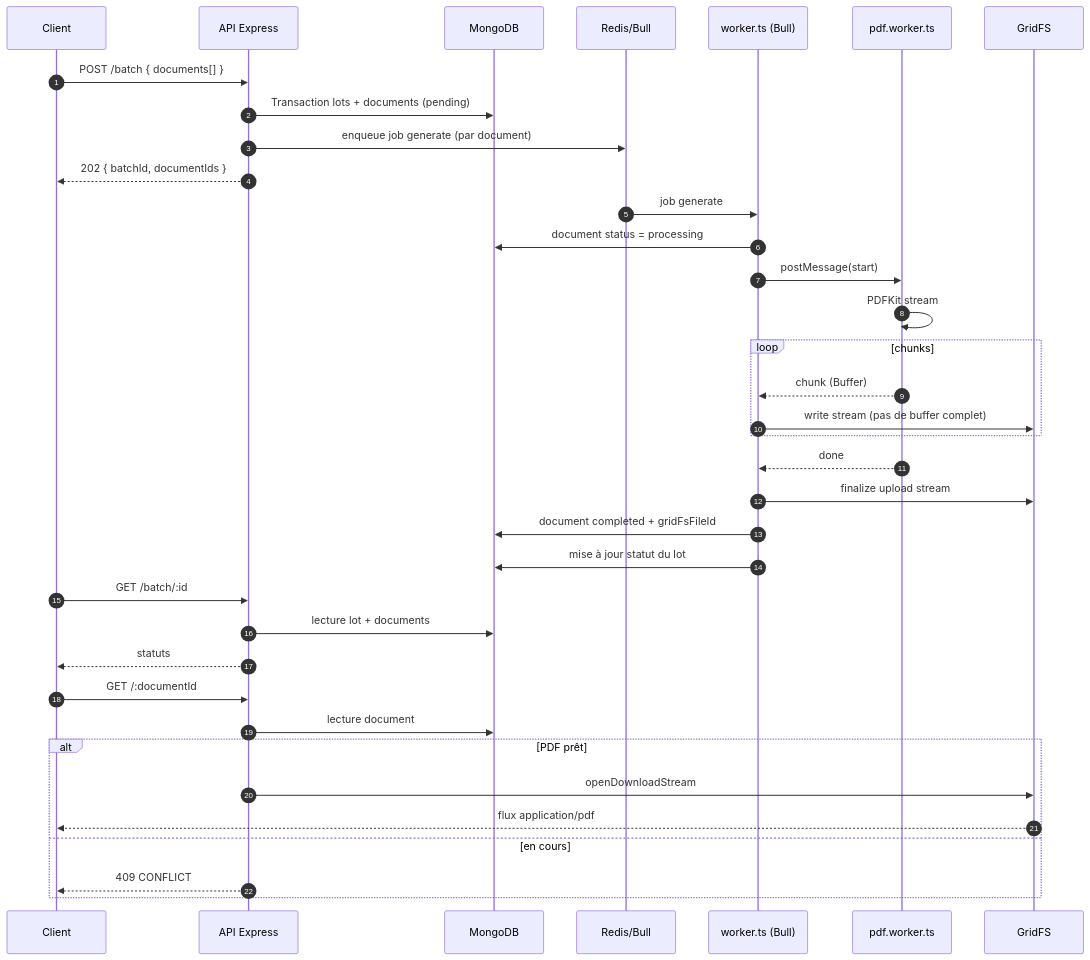
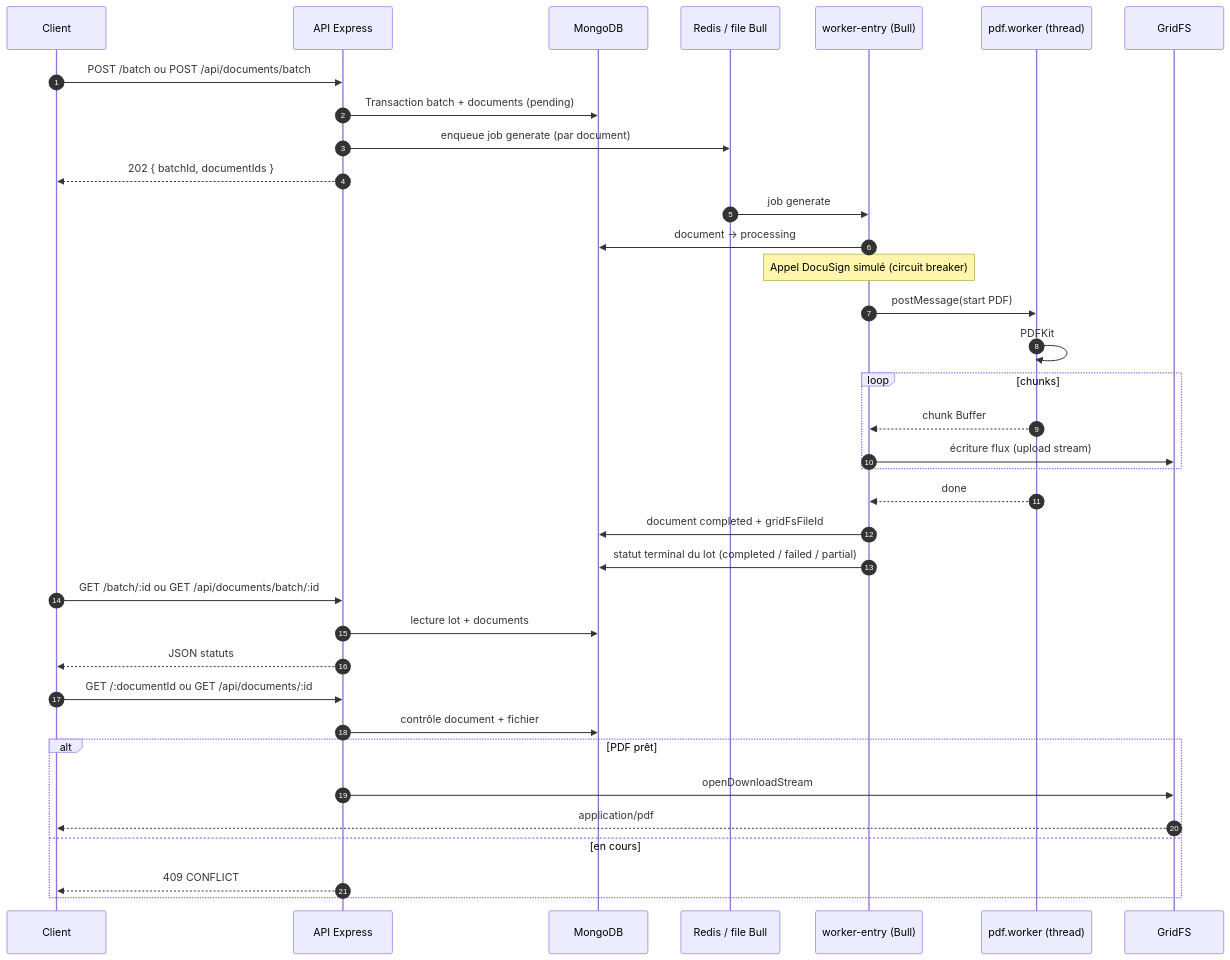
Before and after one commit to Andassa/document-generator: the diagram in README.md, drawn with Mermaid. The commit also changed other lines of this file and 47 other files, not shown here.

````diff
--- a/README.md
+++ b/README.md
@@ -30,42 +61,42 @@
 ```mermaid
 sequenceDiagram
   autonumber
   participant Client
   participant API as API Express
   participant Mongo as MongoDB
-  participant Redis as Redis/Bull
-  participant Worker as worker.ts (Bull)
-  participant Thread as pdf.worker.ts
+  participant Redis as Redis / file Bull
+  participant Worker as worker-entry (Bull)
+  participant Thread as pdf.worker (thread)
   participant GridFS as GridFS
 
-  Client->>API: POST /batch { documents[] }
-  API->>Mongo: Transaction lots + documents (pending)
+  Client->>API: POST /batch ou POST /api/documents/batch
+  API->>Mongo: Transaction batch + documents (pending)
   API->>Redis: enqueue job generate (par document)
   API-->>Client: 202 { batchId, documentIds }
 
   Redis->>Worker: job generate
-  Worker->>Mongo: document status = processing
-  Worker->>Thread: postMessage(start)
-  Thread->>Thread: PDFKit stream
+  Worker->>Mongo: document → processing
+  Note over Worker: Appel DocuSign simulé (circuit breaker)
+  Worker->>Thread: postMessage(start PDF)
+  Thread->>Thread: PDFKit
   loop chunks
-    Thread-->>Worker: chunk (Buffer)
-    Worker->>GridFS: write stream (pas de buffer complet)
+    Thread-->>Worker: chunk Buffer
+    Worker->>GridFS: écriture flux (upload stream)
   end
   Thread-->>Worker: done
-  Worker->>GridFS: finalize upload stream
   Worker->>Mongo: document completed + gridFsFileId
-  Worker->>Mongo: mise à jour statut du lot
+  Worker->>Mongo: statut terminal du lot (completed / failed / partial)
 
-  Client->>API: GET /batch/:id
+  Client->>API: GET /batch/:id ou GET /api/documents/batch/:id
   API->>Mongo: lecture lot + documents
-  API-->>Client: statuts
+  API-->>Client: JSON statuts
 
-  Client->>API: GET /:documentId
-  API->>Mongo: lecture document
+  Client->>API: GET /:documentId ou GET /api/documents/:id
+  API->>Mongo: contrôle document + fichier
   alt PDF prêt
     API->>GridFS: openDownloadStream
-    GridFS-->>Client: flux application/pdf
+    GridFS-->>Client: application/pdf
   else en cours
     API-->>Client: 409 CONFLICT
   end
 ```
````
